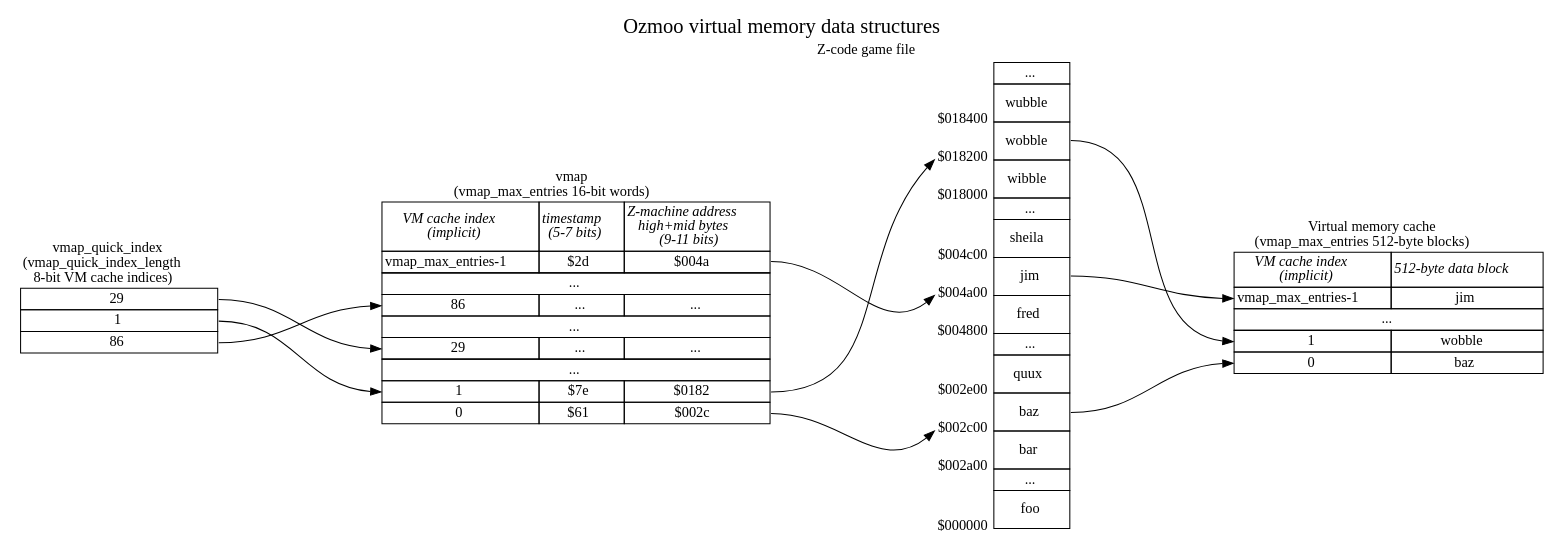
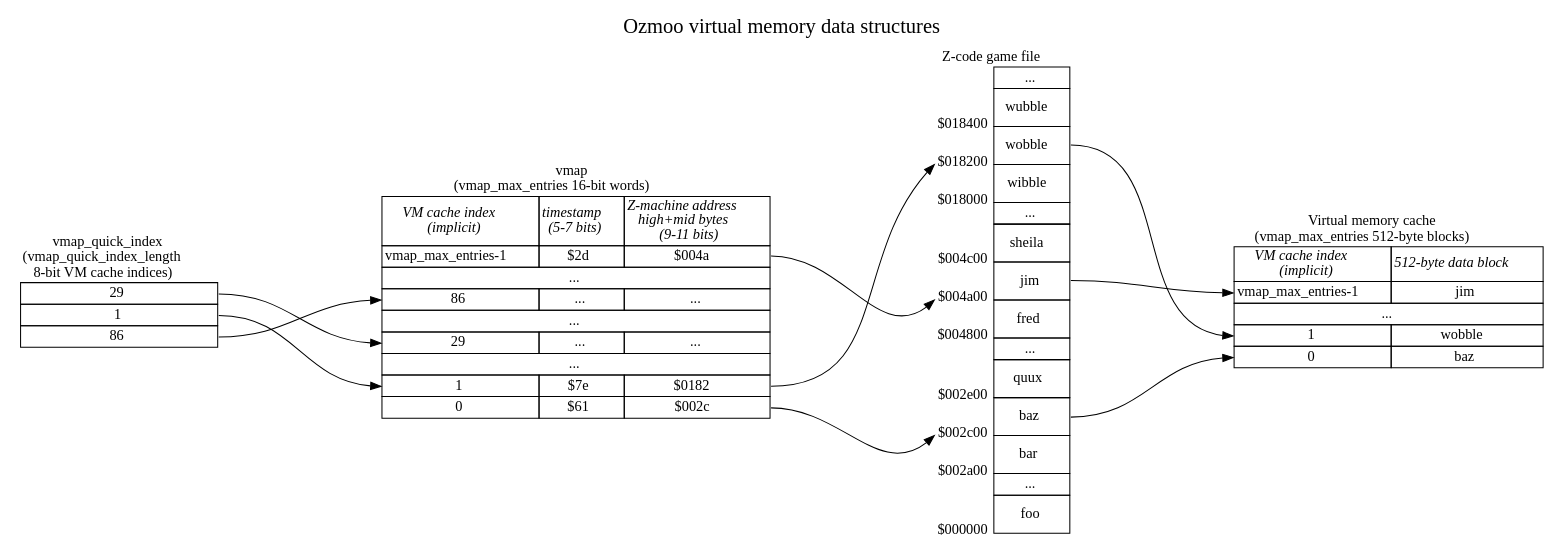
The diagram in documentation/techdocs/memory-map-1.dot (ZornsLemma/ozmoo), drawn with Graphviz before and after one commit.

Commit message:
Snapshot

```diff
--- a/documentation/techdocs/memory-map-1.dot
+++ b/documentation/techdocs/memory-map-1.dot
@@ -1,135 +1,138 @@
 digraph memory {
     graph [nodesep=2, label="Ozmoo virtual memory data structures", fontsize=20, labelloc=t];
     forcelabels=true;
     node [shape=plaintext];
 
     # SFTODO: Rename "top" to "ram"?
     top [label=<
     <table border="0" cellborder="1" cellspacing="0">
         <!-- SFTODO: could label start of this chunk of memory vmap_first_ram_page -->
         <tr><td colspan="2" border="0">Virtual memory cache<br/>(vmap_max_entries 512-byte blocks)</td></tr>
                     <tr>
                         <td><i>VM cache index<br/>(implicit)</i></td>
                         <td><i>512-byte data block</i></td>
                     </tr>
                     <tr>
                         <td port="jim">vmap_max_entries-1</td>
                         <td>jim</td>
                     </tr>
                     <tr><td colspan="2">...</td></tr>
                     <tr>
                         <td port="wobble">1</td>
                         <td>wobble</td>
                     </tr>
                     <tr>
                         <td port="baz">0</td>
                         <td>baz</td>
                     </tr>
     </table>>];
 
     vmap [label=<
     <table border="0" cellborder="1" cellspacing="0">
         <tr><td colspan="3" border="0">vmap<br/>(vmap_max_entries 16-bit words)</td></tr>
         <tr>
             <td><i>VM cache index<br/>(implicit)</i></td>
             <td><i>timestamp<br/>(5-7 bits)</i></td>
             <td><i>Z-machine address<br/>high+mid bytes<br/>(9-11 bits)</i></td>
         </tr>
         <tr><td>vmap_max_entries-1</td><td>$2d</td><td port="z004a">$004a</td></tr>
         <tr><td colspan="3">...</td></tr>
         <tr><td port="86">86</td><td>...</td><td>...</td></tr>
         <tr><td colspan="3">...</td></tr>
         <tr><td port="29">29</td><td>...</td><td>...</td></tr>
         <tr><td colspan="3">...</td></tr>
         <tr><td port="1">1</td><td>$7e</td><td port="z0182">$0182</td></tr>
         <tr><td>0</td><td>$61</td><td port="z002c">$002c</td></tr>
     </table>>];
 
-    zmachine [xlabel="Z-code game file", label=<
+    zmachine [label=<
     <table border="0" cellspacing="0">
+        <tr>
+            <td colspan="2" border="0">Z-code game file</td>
+        </tr>
         <tr>
             <td></td>
             <td border="1">...</td>
         </tr>
         <tr>
             <td valign="bottom"><sub>$018400</sub></td>
             <td border="1" cellpadding="10"><!-- Z-code: -->wubble</td>
         </tr>
         <tr>
             <td port="z0182" valign="bottom"><sub>$018200</sub></td>
             <td port="wobble" border="1" cellpadding="10"><!-- Z-code: -->wobble</td>
         </tr>
         <tr>
             <td valign="bottom"><sub>$018000</sub></td>
             <td border="1" cellpadding="10"><!-- Z-code: -->wibble</td>
         </tr>
         <tr>
             <td></td>
             <td border="1">...</td>
         </tr>
         <tr>
             <td valign="bottom"><sub>$004c00</sub></td>
             <td border="1" cellpadding="10"><!-- Z-code: -->sheila</td>
         </tr>
         <tr>
             <td port="z004a" valign="bottom"><sub>$004a00</sub></td>
             <td port="jim" border="1" cellpadding="10"><!-- Z-code: -->jim</td>
         </tr>
         <tr>
             <td valign="bottom"><sub>$004800</sub></td>
             <td border="1" cellpadding="10"><!-- Z-code: -->fred</td>
         </tr>
         <tr>
             <td></td>
             <td border="1">...</td>
         </tr>
         <tr>
             <td valign="bottom"><sub>$002e00</sub></td>
             <td border="1" cellpadding="10"><!-- Z-code: -->quux</td>
         </tr>
         <tr>
             <td port="z002c" valign="bottom"><sub>$002c00</sub></td>
             <td port="baz" border="1" cellpadding="10"><!-- Z-code: -->baz</td>
         </tr>
         <tr>
             <td valign="bottom"><sub>$002a00</sub></td>
             <td border="1" cellpadding="10"><!-- Z-code: -->bar</td>
         </tr>
         <tr>
             <td></td>
             <td border="1">...</td>
         </tr>
         <tr>
             <td valign="bottom"><sub>$000000</sub></td>
             <td border="1" cellpadding="10"><!-- Z-code: -->foo</td>
         </tr>
     </table>>];
 
     quickindex [label=<
     <table border="0" cellborder="1" cellspacing="0">
         <tr><td border="0">vmap_quick_index<br/>(vmap_quick_index_length<br/>8-bit VM cache indices)</td></tr>
         <tr><td port="29">29</td></tr>
         <tr><td port="1">1</td></tr>
         <tr><td port="86">86</td></tr>
     </table>>];
 
     # vmapnextquickindex [label="vmap_next_quick_index"];
 
     {rank = same; quickindex vmap zmachine top};
 
     vmap:z004a:e -> zmachine:z004a:sw;
     vmap:z002c:e -> zmachine:z002c:sw;
     vmap:z0182:e -> zmachine:z0182:sw;
 
     zmachine:jim:e -> top:jim:w;
     zmachine:wobble:e -> top:wobble:w;
     zmachine:baz:e -> top:baz:w;
 
     quickindex:1:e -> vmap:1:w;
     quickindex:29:e -> vmap:29:w;
     quickindex:86:e -> vmap:86:w;
 
     # vmapnextquickindex -> quickindex:29:w;
 }
 
 # vi: sw=4 sts=4
```
